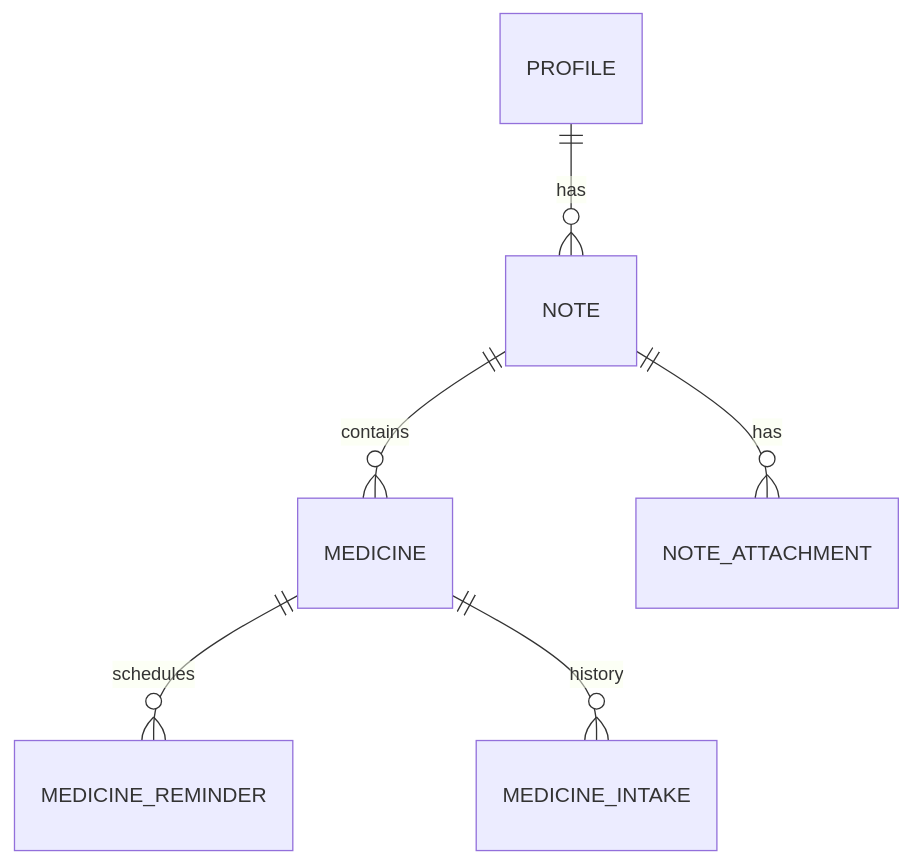
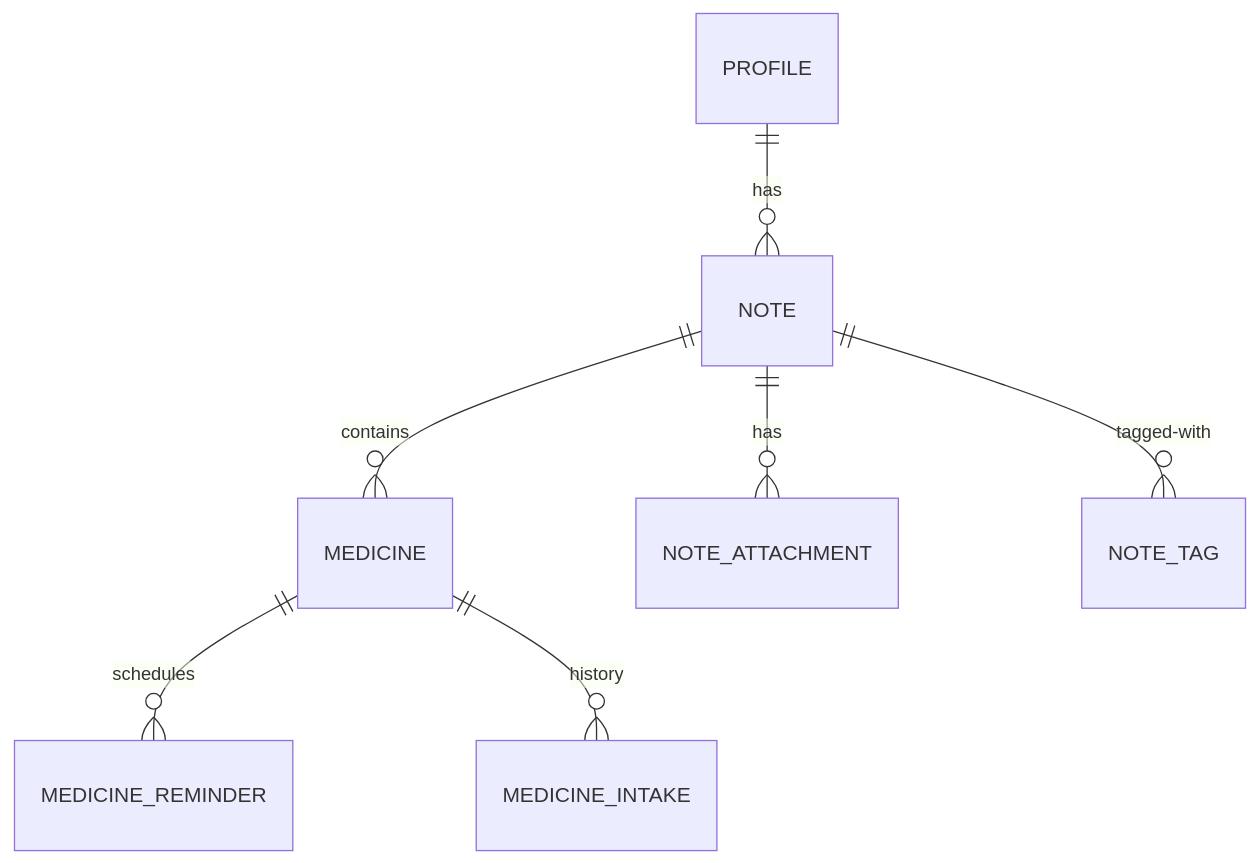
One commit to rh-id/a-medic-log changed the third of 3 diagrams in README.md. Above: the diagram before and after it, drawn with Mermaid. The commit also changed other lines of this file, not shown here.

````diff
--- a/README.md
+++ b/README.md
@@ -168,8 +174,9 @@
 ```mermaid
 erDiagram
     PROFILE ||--o{ NOTE : has
     NOTE ||--o{ MEDICINE : contains
     NOTE ||--o{ NOTE_ATTACHMENT : has
     MEDICINE ||--o{ MEDICINE_REMINDER : schedules
     MEDICINE ||--o{ MEDICINE_INTAKE : history
+    NOTE ||--o{ NOTE_TAG : "tagged-with"
 ```
````
